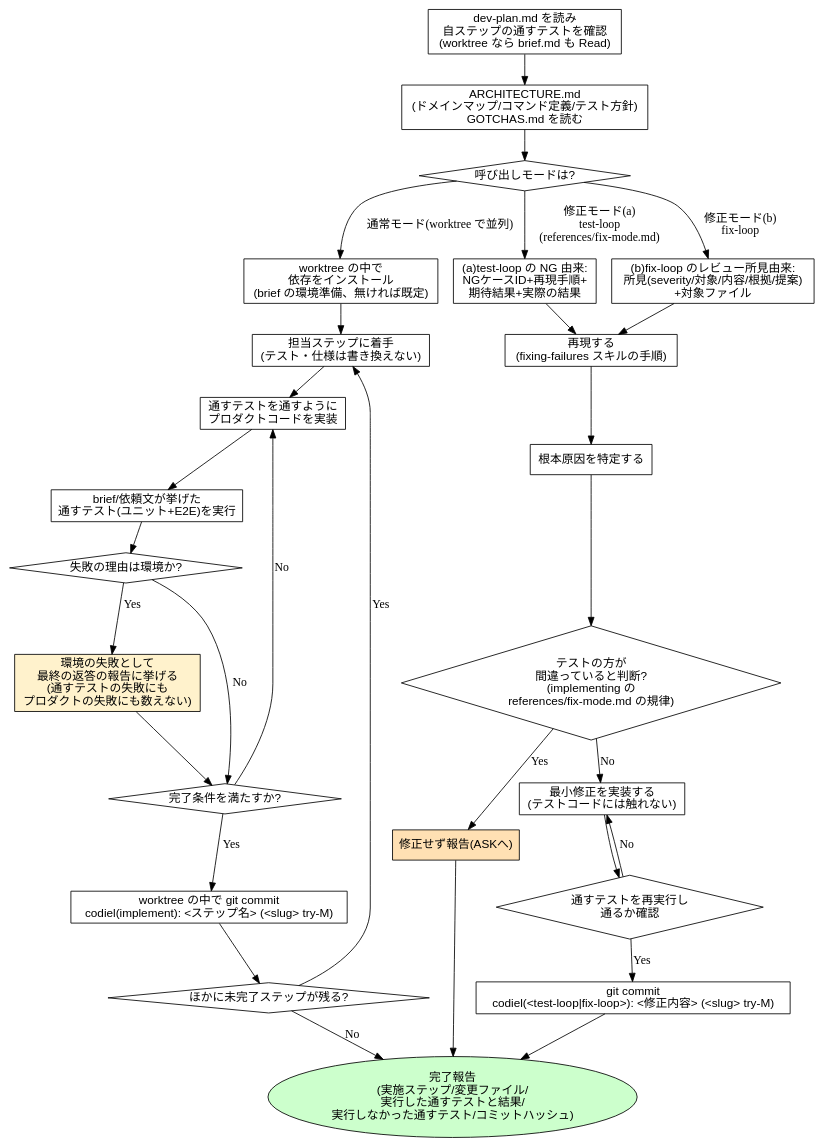
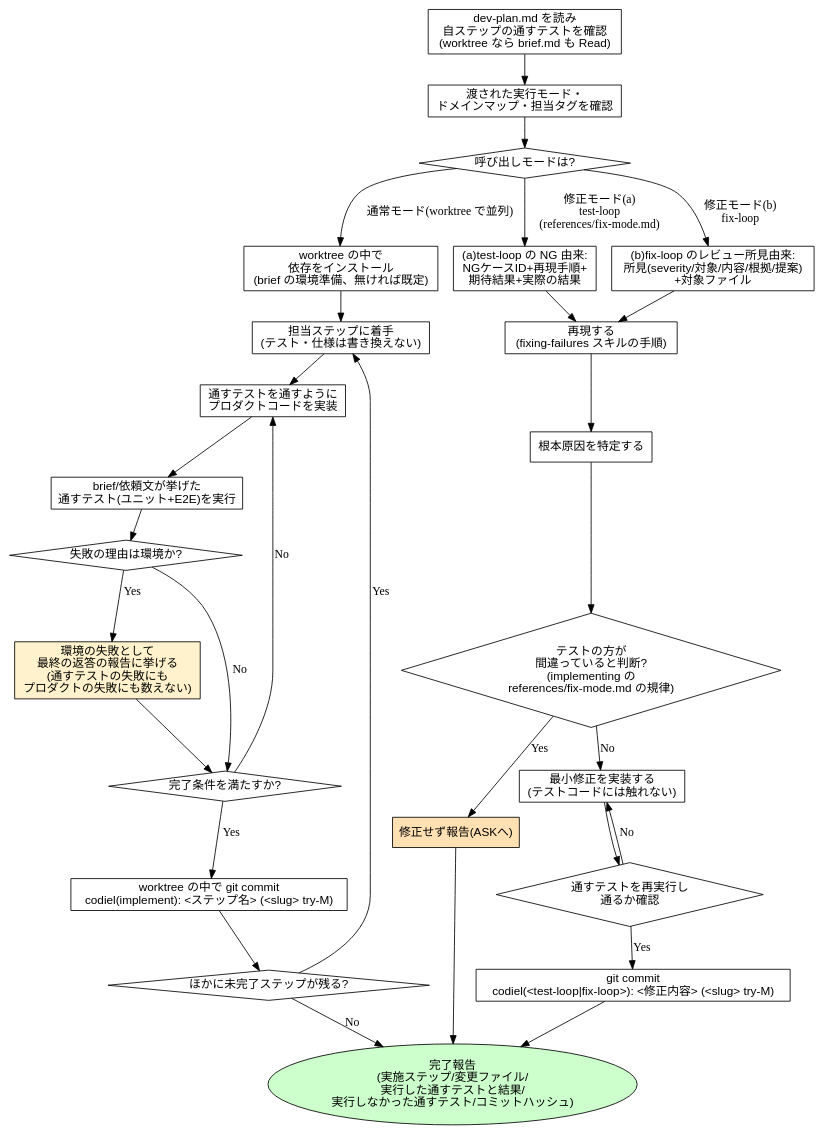
One commit to Amatsuka-kobo/amatsuka-claude-plugins changed the sixth of 14 diagrams in plugins/codiel/docs/skill-flowcharts.md. Above: the diagram before and after it, drawn with Graphviz. The commit also changed other lines of this file and 20 other files, not shown here.

First line of the commit message:
fix(codiel): ARCHITECTURE と GOTCHAS を読ませる規則を指示層から外し、レビューの所見を直す

````diff
--- a/plugins/codiel/docs/skill-flowcharts.md
+++ b/plugins/codiel/docs/skill-flowcharts.md
@@ -193,58 +191,58 @@
 ```dot
 digraph implementing {
   rankdir=TB;
   node [fontname="sans-serif"];
 
   read_plan [label="dev-plan.md を読み\n自ステップの通すテストを確認\n(worktree なら brief.md も Read)", shape=box];
-  read_arch [label="ARCHITECTURE.md\n(ドメインマップ/コマンド定義/テスト方針)\nGOTCHAS.md を読む", shape=box];
+  read_arch [label="渡された実行モード・\nドメインマップ・担当タグを確認", shape=box];
   mode [label="呼び出しモードは?", shape=diamond];
 
   install [label="worktree の中で\n依存をインストール\n(brief の環境準備、無ければ既定)", shape=box];
   next_step [label="担当ステップに着手\n(テスト・仕様は書き換えない)", shape=box];
   implement_code [label="通すテストを通すように\nプロダクトコードを実装", shape=box];
   run_tests [label="brief/依頼文が挙げた\n通すテスト(ユニット+E2E)を実行", shape=box];
   env_check [label="失敗の理由は環境か?", shape=diamond];
   env_report [label="環境の失敗として\n最終の返答の報告に挙げる\n(通すテストの失敗にも\nプロダクトの失敗にも数えない)", shape=box, style=filled, fillcolor="#fff2cc"];
   verify [label="完了条件を満たすか?", shape=diamond];
   commit_step [label="worktree の中で git commit\ncodiel(implement): <ステップ名> (<slug> try-M)", shape=box];
   more_steps [label="ほかに未完了ステップが残る?", shape=diamond];
 
   receive_a [label="(a)test-loop の NG 由来:\nNGケースID+再現手順+\n期待結果+実際の結果", shape=box];
   receive_b [label="(b)fix-loop のレビュー所見由来:\n所見(severity/対象/内容/根拠/提案)\n+対象ファイル", shape=box];
   reproduce [label="再現する\n(fixing-failures スキルの手順)", shape=box];
   root_cause [label="根本原因を特定する", shape=box];
   spec_wrong [label="テストの方が\n間違っていると判断?\n(implementing の\nreferences/fix-mode.md の規律)", shape=diamond];
   escalate [label="修正せず報告(ASKへ)", shape=box, style=filled, fillcolor="#ffe0b3"];
   minimal_fix [label="最小修正を実装する\n(テストコードには触れない)", shape=box];
   verify_fix [label="通すテストを再実行し\n通るか確認", shape=diamond];
   commit_fix [label="git commit\ncodiel(<test-loop|fix-loop>): <修正内容> (<slug> try-M)", shape=box];
 
   report [label="完了報告\n(実施ステップ/変更ファイル/\n実行した通すテストと結果/\n実行しなかった通すテスト/コミットハッシュ)", shape=ellipse, style=filled, fillcolor="#ccffcc"];
 
   read_plan -> read_arch -> mode;
   mode -> install [label="通常モード(worktree で並列)"];
   mode -> receive_a [label="修正モード(a)\ntest-loop\n(references/fix-mode.md)"];
   mode -> receive_b [label="修正モード(b)\nfix-loop"];
 
   install -> next_step -> implement_code -> run_tests -> env_check;
   env_check -> env_report [label="Yes"];
   env_check -> verify [label="No"];
   env_report -> verify;
   verify -> implement_code [label="No"];
   verify -> commit_step [label="Yes"];
   commit_step -> more_steps;
   more_steps -> next_step [label="Yes"];
   more_steps -> report [label="No"];
 
   receive_a -> reproduce;
   receive_b -> reproduce;
   reproduce -> root_cause -> spec_wrong;
   spec_wrong -> escalate [label="Yes"];
   spec_wrong -> minimal_fix [label="No"];
   minimal_fix -> verify_fix;
   verify_fix -> minimal_fix [label="No"];
   verify_fix -> commit_fix [label="Yes"];
   commit_fix -> report;
   escalate -> report;
 }
 ```
````
